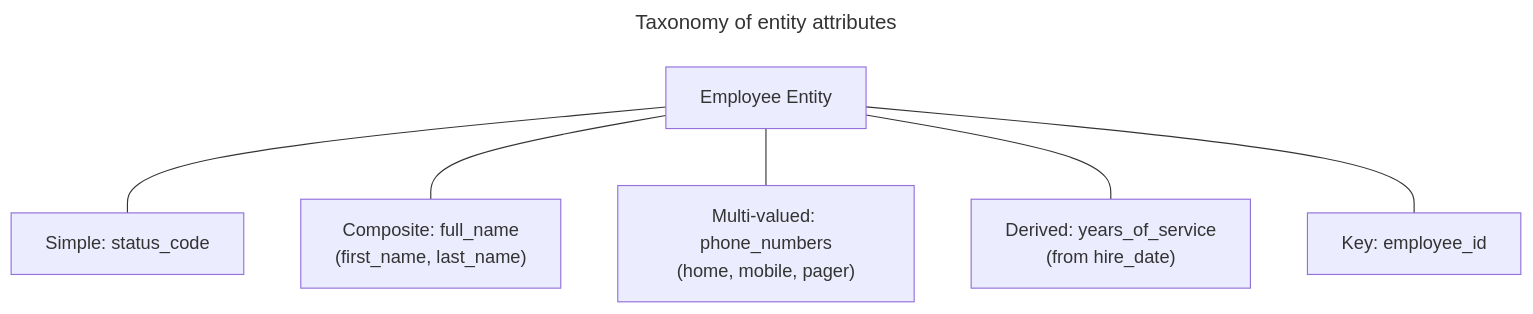
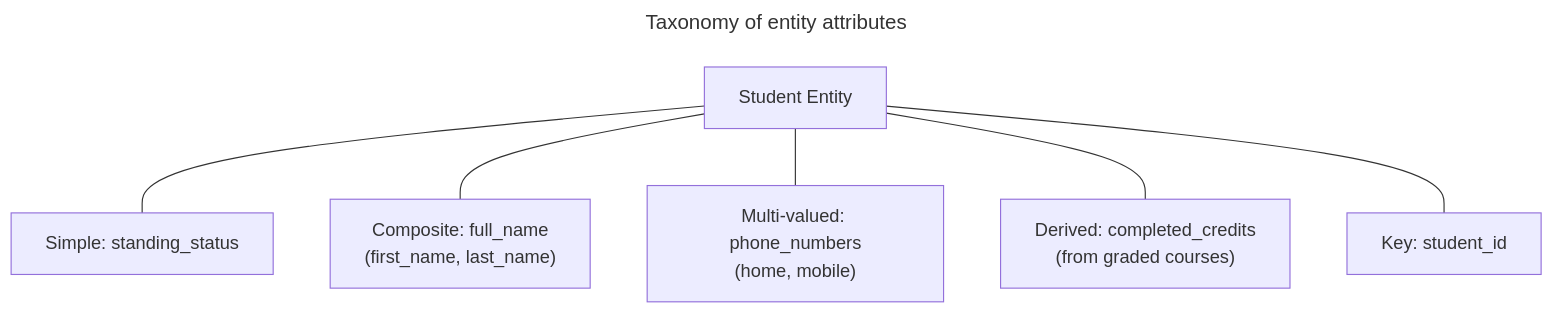
One commit to VineethChivukula/dedocs changed the third of 10 diagrams in content/modeling/entities-attributes-and-relationships.md. Above: the diagram before and after it, drawn with Mermaid. The commit also changed other lines of this file and 26 other files, not shown here.

````diff
--- a/content/modeling/entities-attributes-and-relationships.md
+++ b/content/modeling/entities-attributes-and-relationships.md
@@ -68,18 +70,18 @@
 ```mermaid
 ---
 title: Taxonomy of entity attributes
 ---
 flowchart TD
-    Entity["Employee Entity"]
-    A1["Simple: status_code"]
+    Entity["Student Entity"]
+    A1["Simple: standing_status"]
     A2["Composite: full_name<br/>(first_name, last_name)"]
-    A3["Multi-valued: phone_numbers<br/>(home, mobile, pager)"]
-    A4["Derived: years_of_service<br/>(from hire_date)"]
-    A5["Key: employee_id"]
+    A3["Multi-valued: phone_numbers<br/>(home, mobile)"]
+    A4["Derived: completed_credits<br/>(from graded courses)"]
+    A5["Key: student_id"]
 
     Entity --- A1
     Entity --- A2
     Entity --- A3
     Entity --- A4
     Entity --- A5
 ```
````
